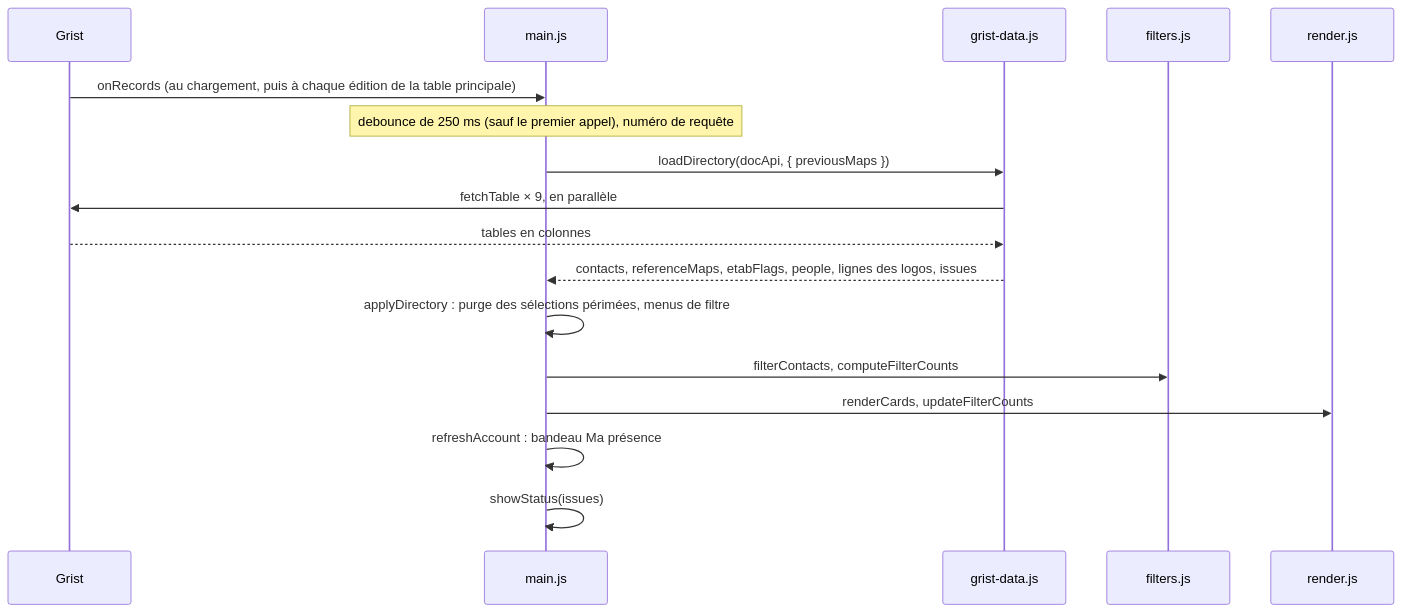
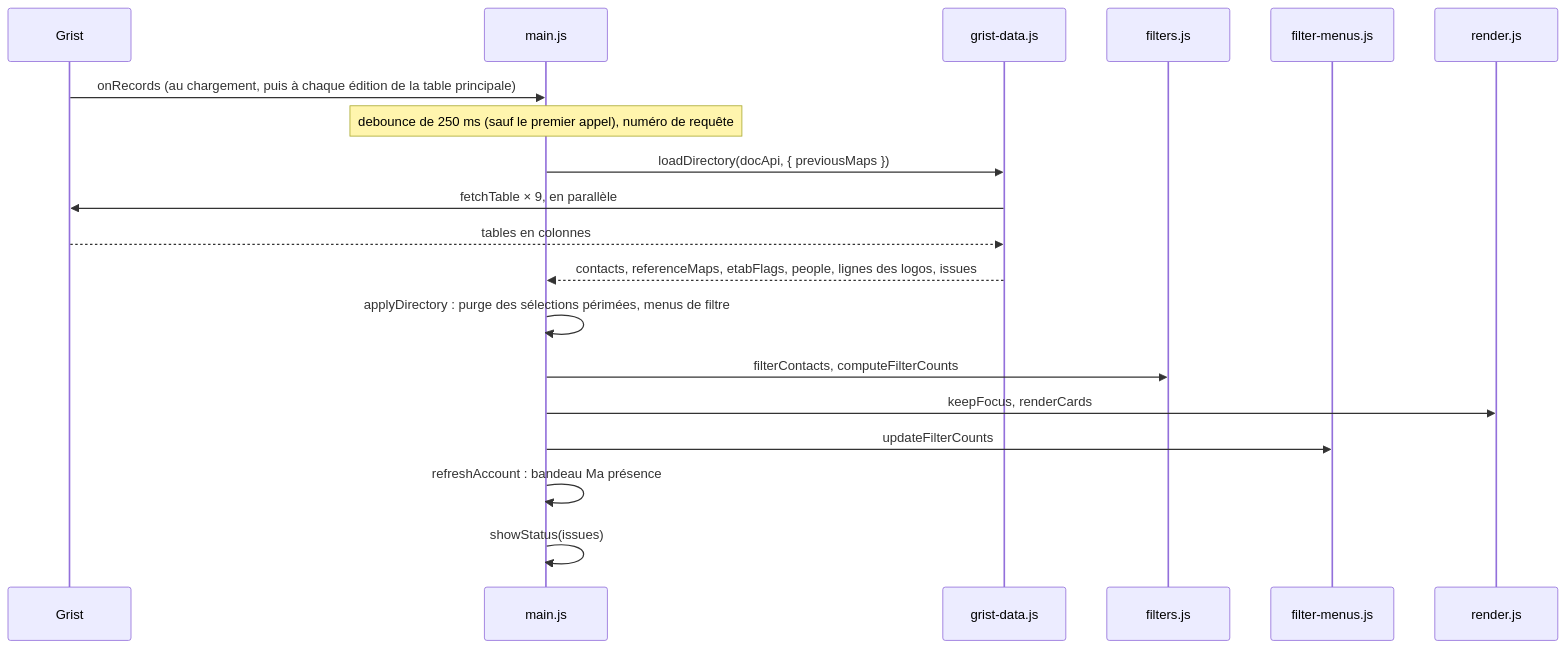
The third of 7 diagrams in docs/developpeurs.md (lombre33/Annuaire_PUI_Bordeaux), drawn with Mermaid before and after one commit. The commit also changed other lines of this file and 5 other files, not shown here.

````diff
--- a/docs/developpeurs.md
+++ b/docs/developpeurs.md
@@ -275,19 +275,21 @@
 ```mermaid
 sequenceDiagram
     participant G as Grist
     participant M as main.js
     participant D as grist-data.js
     participant F as filters.js
+    participant FM as filter-menus.js
     participant R as render.js
     G->>M: onRecords (au chargement, puis à chaque édition de la table principale)
     Note over M: debounce de 250 ms (sauf le premier appel), numéro de requête
     M->>D: loadDirectory(docApi, { previousMaps })
     D->>G: fetchTable × 9, en parallèle
     G-->>D: tables en colonnes
     D-->>M: contacts, referenceMaps, etabFlags, people, lignes des logos, issues
     M->>M: applyDirectory : purge des sélections périmées, menus de filtre
     M->>F: filterContacts, computeFilterCounts
-    M->>R: renderCards, updateFilterCounts
+    M->>R: keepFocus, renderCards
+    M->>FM: updateFilterCounts
     M->>M: refreshAccount : bandeau Ma présence
     M->>M: showStatus(issues)
 ```
````
